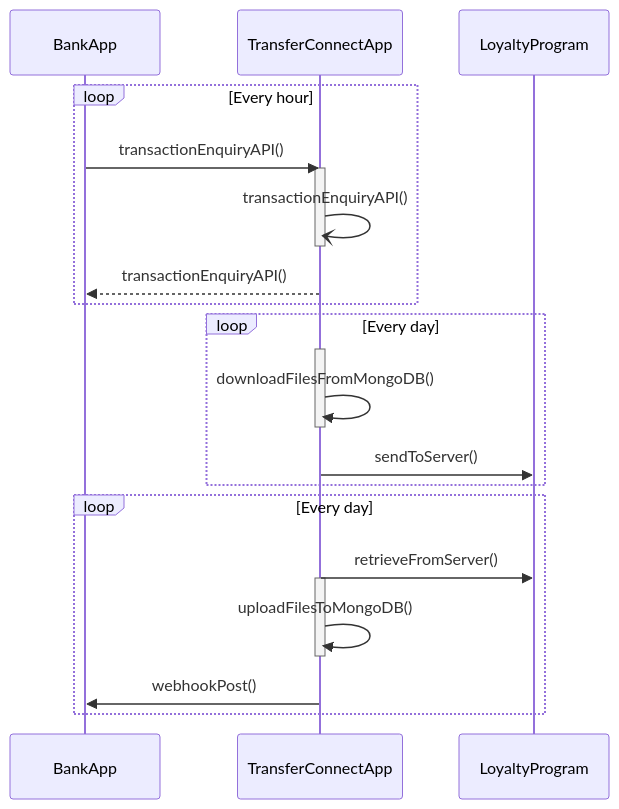
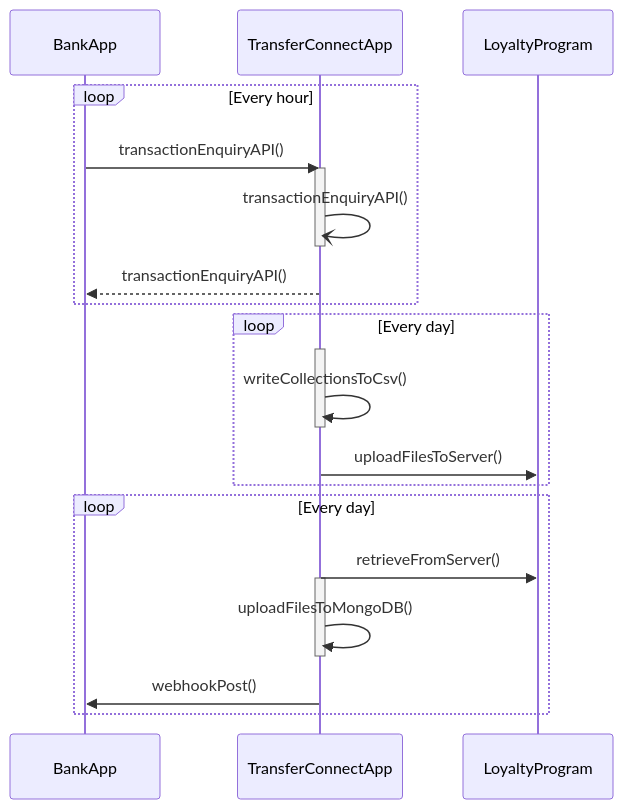
One commit to Sean2309/50.003_ESC_Project changed diagram 16 of 16 in UML Class Diagrams/mvcClass.md. Above: the diagram before and after it, drawn with Mermaid.

Commit message:
fix: updated backend api sequence diagram

````diff
--- a/UML Class Diagrams/mvcClass.md
+++ b/UML Class Diagrams/mvcClass.md
@@ -548,36 +548,36 @@
 ```mermaid
 sequenceDiagram
 
     %% Initialising Actors
     participant BankApp
     participant TransferConnectApp
     participant LoyaltyProgram
 
     %% Connections
 
     %% Transaction Enquiry API
     loop Every hour
         BankApp ->> TransferConnectApp: transactionEnquiryAPI()
     activate TransferConnectApp
     TransferConnectApp -) TransferConnectApp: transactionEnquiryAPI()
     deactivate TransferConnectApp
     TransferConnectApp -->> BankApp: transactionEnquiryAPI()
     end
     
     %% TransferFile Sending API
     loop Every day 
         activate TransferConnectApp
-        TransferConnectApp ->> TransferConnectApp: downloadFilesFromMongoDB()
+        TransferConnectApp ->> TransferConnectApp: writeCollectionsToCsv()
         deactivate TransferConnectApp
-        TransferConnectApp ->> LoyaltyProgram: sendToServer()
+        TransferConnectApp ->> LoyaltyProgram: uploadFilesToServer()
     end
 
     %% TransferFile Retrieving API
     loop Every day
         TransferConnectApp ->> LoyaltyProgram: retrieveFromServer()
         activate TransferConnectApp
         TransferConnectApp ->> TransferConnectApp: uploadFilesToMongoDB()
         deactivate TransferConnectApp
         TransferConnectApp ->> BankApp: webhookPost()
     end
 ```
````
